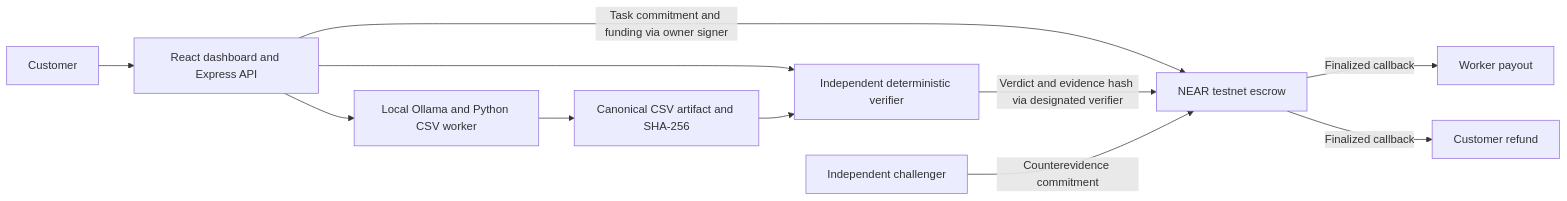
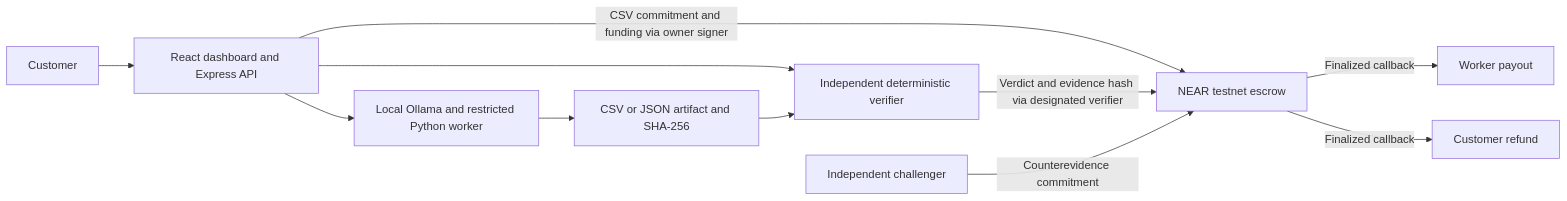
The diagram in README.md (Leequidice/Writbound), drawn with Mermaid before and after one commit. The commit also changed other lines of this file and 27 other files, not shown here.

````diff
--- a/README.md
+++ b/README.md
@@ -19,13 +19,13 @@
 ```mermaid
 flowchart LR
     C[Customer] --> API[React dashboard and Express API]
-    API --> W[Local Ollama and Python CSV worker]
-    W --> A[Canonical CSV artifact and SHA-256]
+    API --> W[Local Ollama and restricted Python worker]
+    W --> A[CSV or JSON artifact and SHA-256]
     API --> V[Independent deterministic verifier]
     A --> V
-    API -->|Task commitment and funding via owner signer| N[NEAR testnet escrow]
+    API -->|CSV commitment and funding via owner signer| N[NEAR testnet escrow]
     V -->|Verdict and evidence hash via designated verifier| N
     Q[Independent challenger] -->|Counterevidence commitment| N
     N -->|Finalized callback| P[Worker payout]
     N -->|Finalized callback| R[Customer refund]
 ```
````
